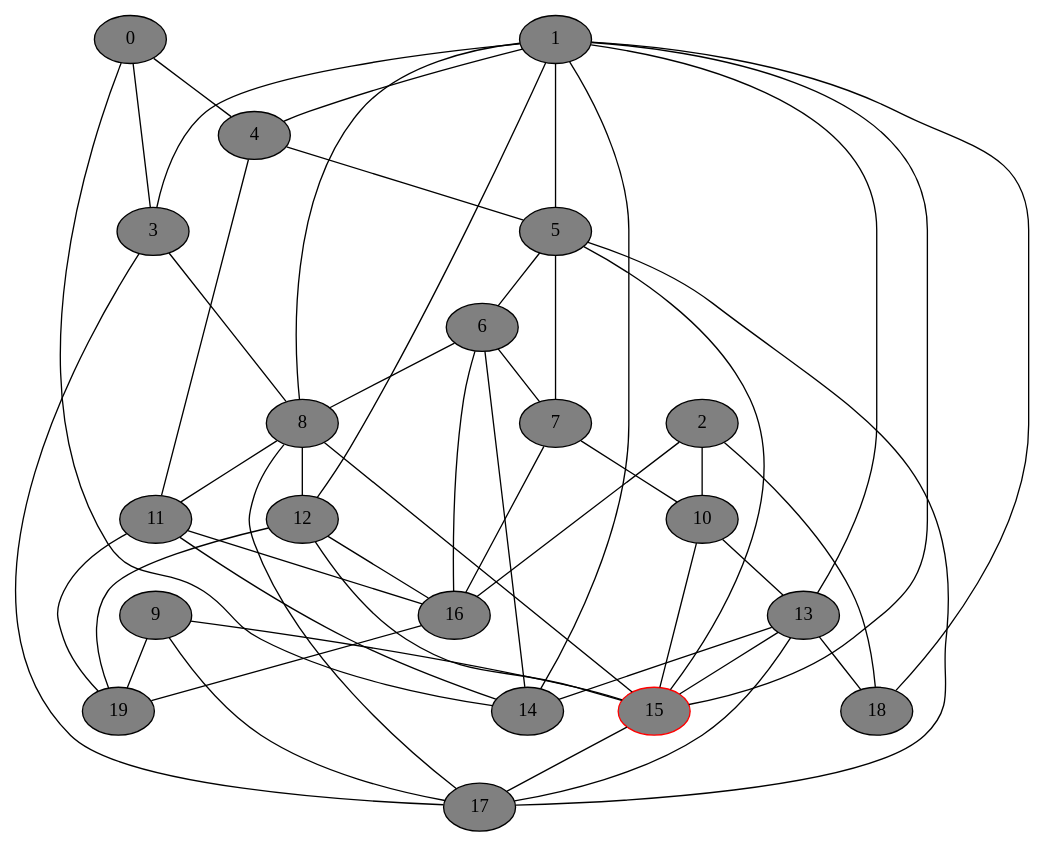
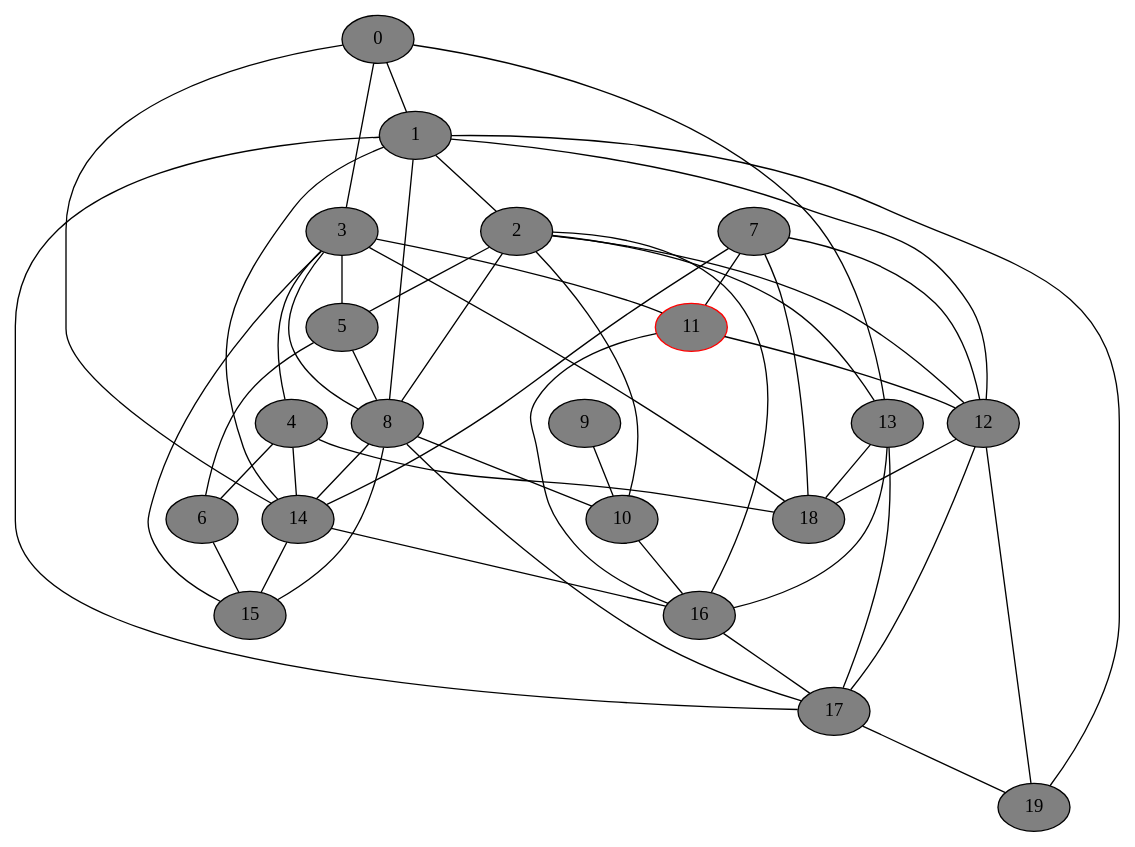
The diagram in gv_graphs/nxt0097.dot (DSMishler/EBA_models), drawn with Graphviz before and after one commit. The commit also changed 387 other files, not shown here.

```diff
--- a/gv_graphs/nxt0097.dot
+++ b/gv_graphs/nxt0097.dot
@@ -1,74 +1,74 @@
 // network test graph
 digraph
 {
 	0 [fillcolor=gray,style=filled,]
 	1 [fillcolor=gray,style=filled,]
 	2 [fillcolor=gray,style=filled,]
 	3 [fillcolor=gray,style=filled,]
 	4 [fillcolor=gray,style=filled,]
 	5 [fillcolor=gray,style=filled,]
 	6 [fillcolor=gray,style=filled,]
 	7 [fillcolor=gray,style=filled,]
 	8 [fillcolor=gray,style=filled,]
 	9 [fillcolor=gray,style=filled,]
 	10 [fillcolor=gray,style=filled,]
-	11 [fillcolor=gray,style=filled,]
+	11 [fillcolor=gray,style=filled,color=red,]
 	12 [fillcolor=gray,style=filled,]
 	13 [fillcolor=gray,style=filled,]
 	14 [fillcolor=gray,style=filled,]
-	15 [fillcolor=gray,style=filled,color=red,]
+	15 [fillcolor=gray,style=filled,]
 	16 [fillcolor=gray,style=filled,]
 	17 [fillcolor=gray,style=filled,]
 	18 [fillcolor=gray,style=filled,]
 	19 [fillcolor=gray,style=filled,]
+	0 -> 1 [dir=none]
 	0 -> 3 [dir=none]
-	0 -> 4 [dir=none]
+	0 -> 13 [dir=none]
 	0 -> 14 [dir=none]
-	1 -> 3 [dir=none]
-	1 -> 4 [dir=none]
-	1 -> 5 [dir=none]
+	1 -> 2 [dir=none]
 	1 -> 8 [dir=none]
 	1 -> 12 [dir=none]
-	1 -> 13 [dir=none]
 	1 -> 14 [dir=none]
-	1 -> 15 [dir=none]
-	1 -> 18 [dir=none]
+	1 -> 17 [dir=none]
+	1 -> 19 [dir=none]
+	2 -> 5 [dir=none]
+	2 -> 8 [dir=none]
 	2 -> 10 [dir=none]
+	2 -> 12 [dir=none]
+	2 -> 13 [dir=none]
 	2 -> 16 [dir=none]
-	2 -> 18 [dir=none]
+	3 -> 4 [dir=none]
+	3 -> 5 [dir=none]
 	3 -> 8 [dir=none]
-	3 -> 17 [dir=none]
-	4 -> 5 [dir=none]
-	4 -> 11 [dir=none]
+	3 -> 11 [dir=none]
+	3 -> 15 [dir=none]
+	3 -> 18 [dir=none]
+	4 -> 6 [dir=none]
+	4 -> 14 [dir=none]
+	4 -> 18 [dir=none]
 	5 -> 6 [dir=none]
-	5 -> 7 [dir=none]
-	5 -> 15 [dir=none]
-	5 -> 17 [dir=none]
-	6 -> 7 [dir=none]
-	6 -> 8 [dir=none]
-	6 -> 14 [dir=none]
-	6 -> 16 [dir=none]
-	7 -> 10 [dir=none]
-	7 -> 16 [dir=none]
-	8 -> 11 [dir=none]
-	8 -> 12 [dir=none]
+	5 -> 8 [dir=none]
+	6 -> 15 [dir=none]
+	7 -> 11 [dir=none]
+	7 -> 12 [dir=none]
+	7 -> 14 [dir=none]
+	7 -> 18 [dir=none]
+	8 -> 10 [dir=none]
+	8 -> 14 [dir=none]
 	8 -> 15 [dir=none]
 	8 -> 17 [dir=none]
-	9 -> 15 [dir=none]
-	9 -> 17 [dir=none]
-	9 -> 19 [dir=none]
-	10 -> 13 [dir=none]
-	10 -> 15 [dir=none]
-	11 -> 14 [dir=none]
+	9 -> 10 [dir=none]
+	10 -> 16 [dir=none]
+	11 -> 12 [dir=none]
 	11 -> 16 [dir=none]
-	11 -> 19 [dir=none]
-	12 -> 15 [dir=none]
-	12 -> 16 [dir=none]
+	12 -> 17 [dir=none]
+	12 -> 18 [dir=none]
 	12 -> 19 [dir=none]
-	13 -> 14 [dir=none]
-	13 -> 15 [dir=none]
+	13 -> 16 [dir=none]
 	13 -> 17 [dir=none]
 	13 -> 18 [dir=none]
-	15 -> 17 [dir=none]
-	16 -> 19 [dir=none]
+	14 -> 15 [dir=none]
+	14 -> 16 [dir=none]
+	16 -> 17 [dir=none]
+	17 -> 19 [dir=none]
 }
```
